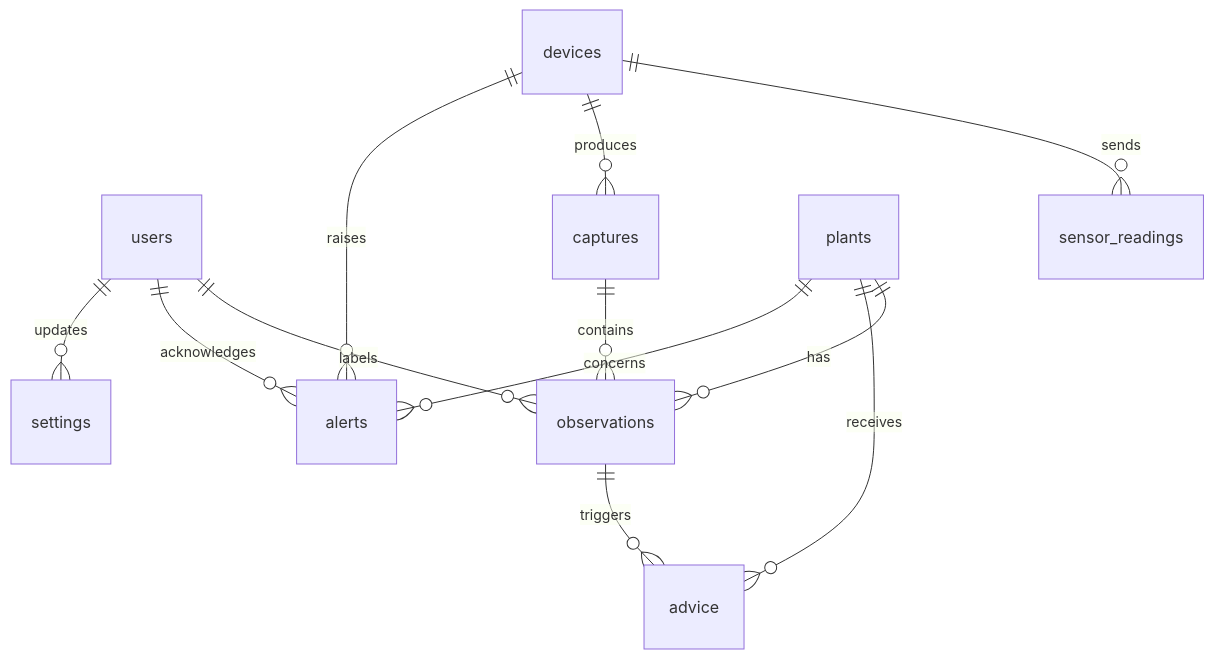
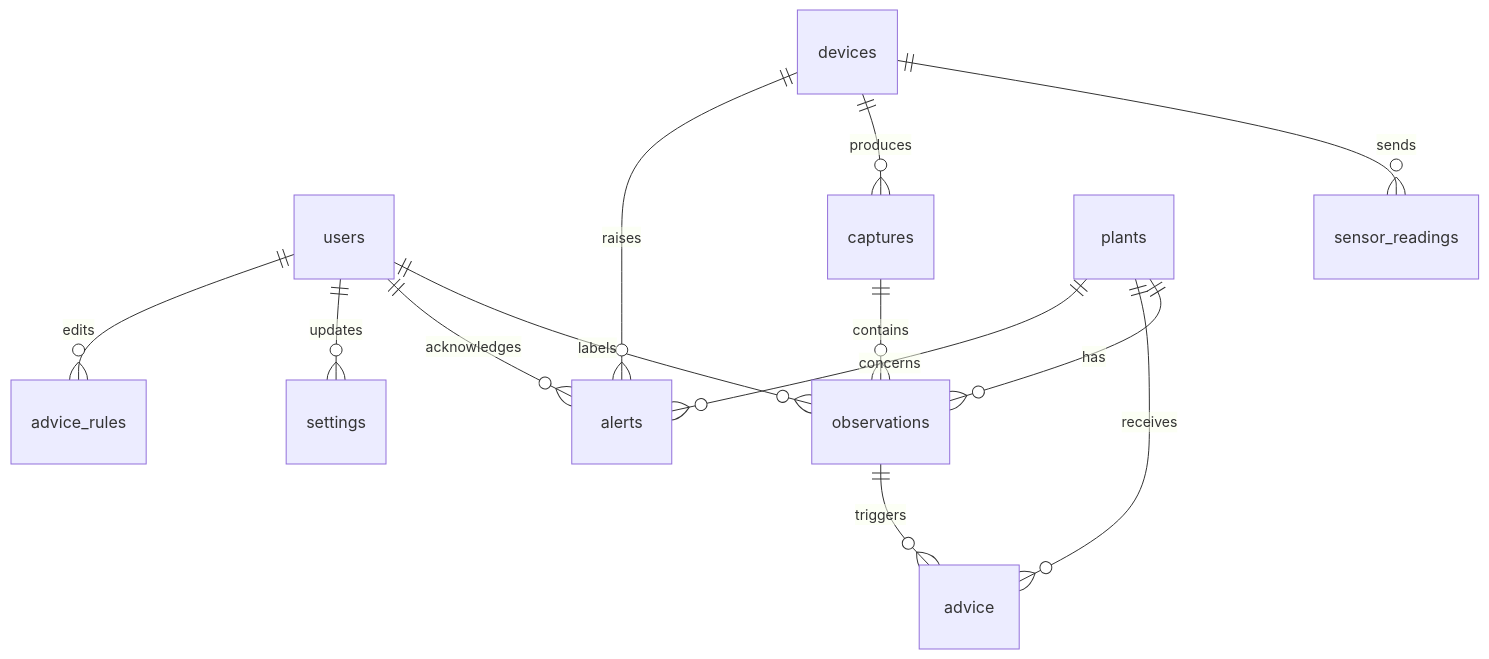
Before and after one commit to albaihaqii/nutrify: the diagram in docs/Schema.md, drawn with Mermaid. The commit also changed other lines of this file and 5 other files, not shown here.

Commit message:
docs: record as-built frontend, add API contracts, advice_rules table and ADR 0005

````diff
--- a/docs/Schema.md
+++ b/docs/Schema.md
@@ -27,14 +27,15 @@
 ```mermaid
 erDiagram
     users ||--o{ observations : labels
     users ||--o{ alerts : acknowledges
     users ||--o{ settings : updates
+    users ||--o{ advice_rules : edits
     devices ||--o{ sensor_readings : sends
     devices ||--o{ captures : produces
     devices ||--o{ alerts : raises
     captures ||--o{ observations : contains
     plants ||--o{ observations : has
     plants ||--o{ advice : receives
     plants ||--o{ alerts : concerns
     observations ||--o{ advice : triggers
 ```
````
